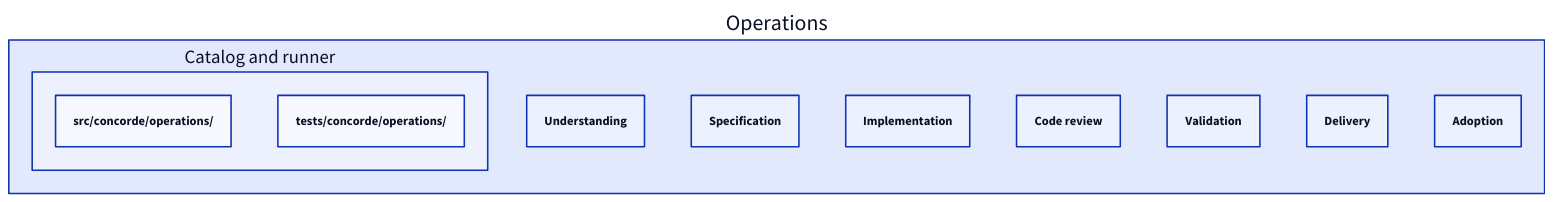
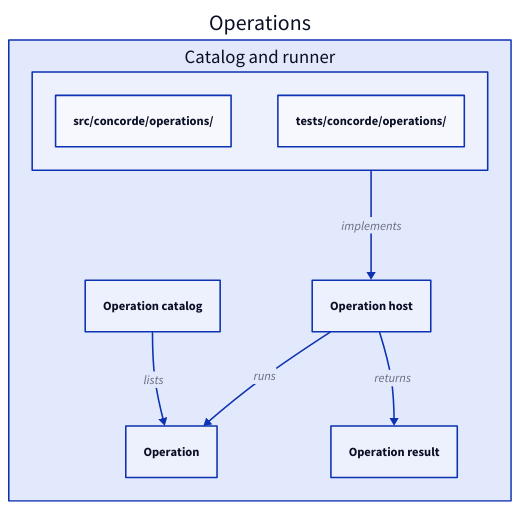
Before and after one commit to FTOD/concorde: the third of 3 diagrams in specs/concorde/operations/module.md, drawn with D2. The commit also changed other lines of this file and 43 other files, not shown here.

````diff
--- a/specs/concorde/operations/module.md
+++ b/specs/concorde/operations/module.md
@@ -217,15 +262,16 @@
 ```d2
 operations: Operations {
   runner: Catalog and runner {
     "src/concorde/operations/"
     "tests/concorde/operations/"
   }
-  understanding: Understanding
-  specification: Specification
-  implementation: Implementation
-  codereview: Code review
-  validation: Validation
-  delivery: Delivery
-  adoption: Adoption
+  catalog: Operation catalog
+  operation: Operation
+  host: Operation host
+  result: Operation result
+  runner -> host: implements
+  catalog -> operation: lists
+  host -> operation: runs
+  host -> result: returns
 }
 ```
````
